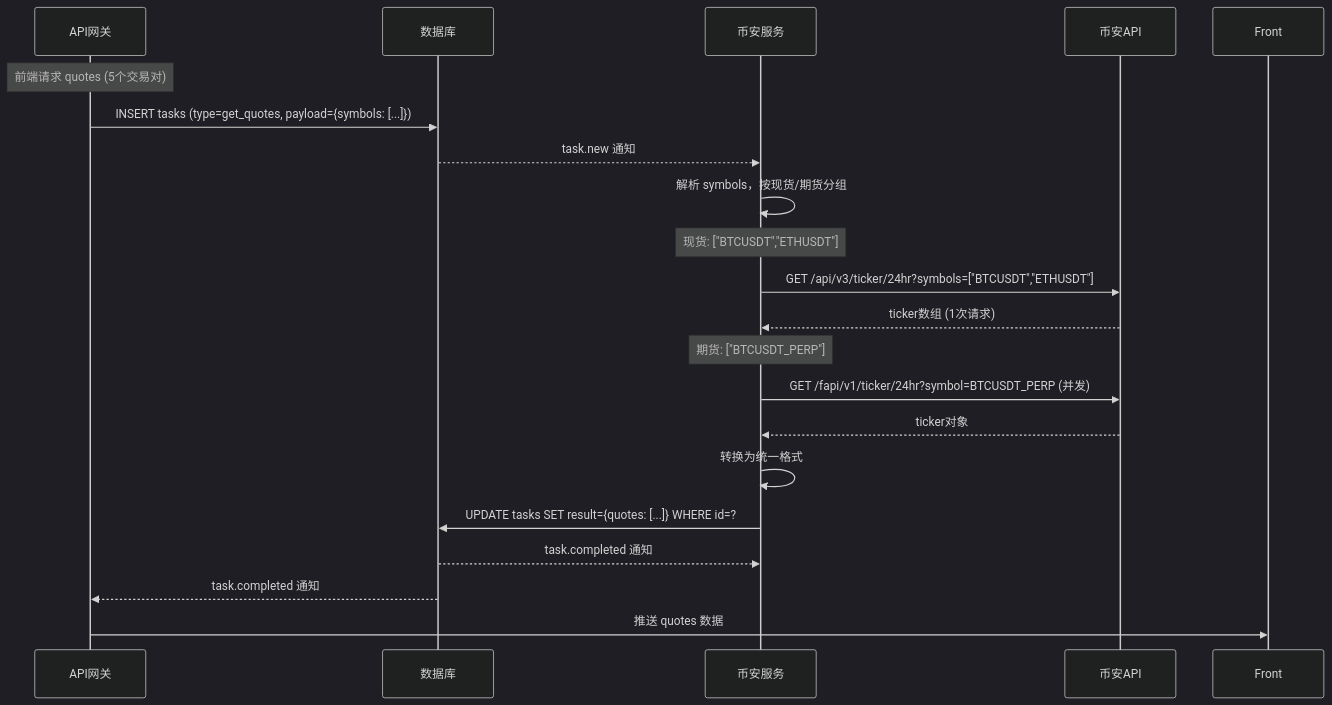
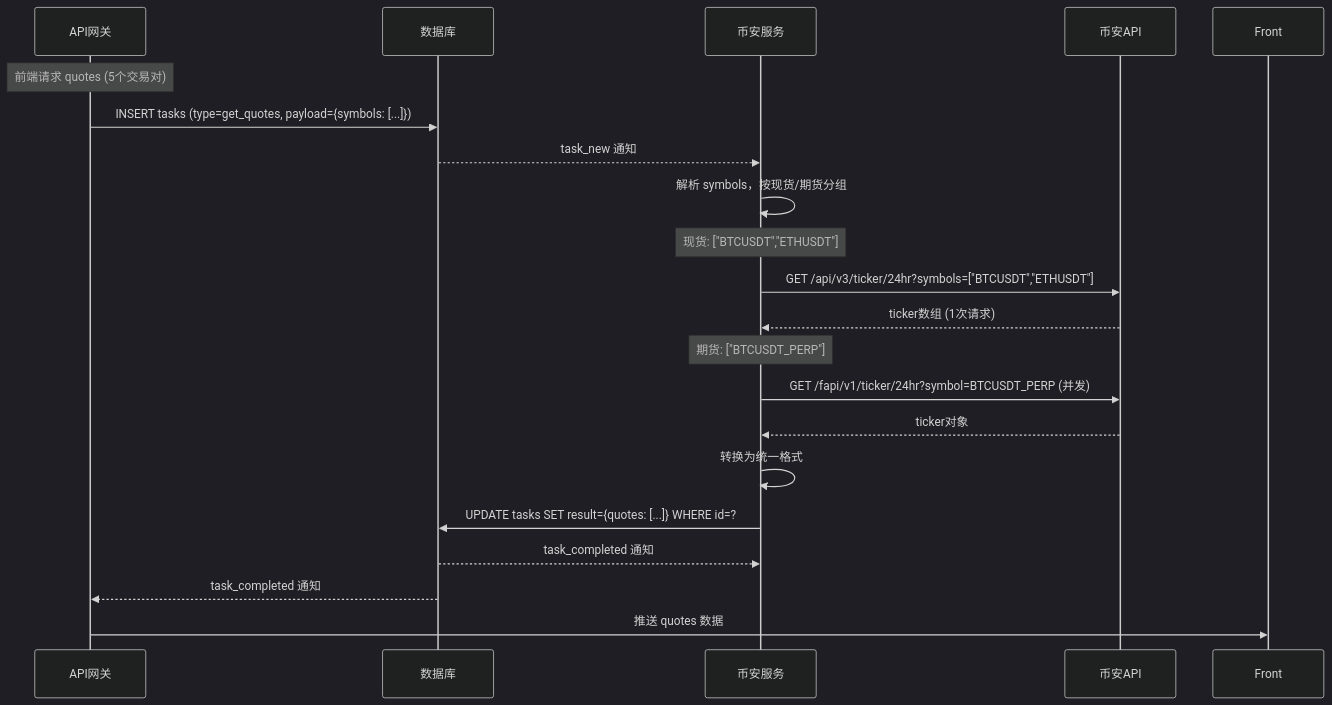
Before and after one commit to mj2154/quant-trading-system-2602: the tenth of 10 diagrams in docs/backend/design/02-dataflow.md, drawn with Mermaid (dark theme). The commit also changed other lines of this file and 32 other files, not shown here.

````diff
--- a/docs/backend/design/02-dataflow.md
+++ b/docs/backend/design/02-dataflow.md
@@ -596,28 +596,28 @@
 ```mermaid
 sequenceDiagram
     participant GW as API网关
     participant DB as 数据库
     participant BN as 币安服务
     participant API as 币安API
 
     Note over GW: 前端请求 quotes (5个交易对)
 
     GW->>DB: INSERT tasks (type=get_quotes, payload={symbols: [...]})
 
-    DB-->>BN: task.new 通知
+    DB-->>BN: task_new 通知
     BN->>BN: 解析 symbols，按现货/期货分组
 
     Note over BN: 现货: ["BTCUSDT","ETHUSDT"]
     BN->>API: GET /api/v3/ticker/24hr?symbols=["BTCUSDT","ETHUSDT"]
     API-->>BN: ticker数组 (1次请求)
 
     Note over BN: 期货: ["BTCUSDT_PERP"]
     BN->>API: GET /fapi/v1/ticker/24hr?symbol=BTCUSDT_PERP (并发)
     API-->>BN: ticker对象
 
     BN->>BN: 转换为统一格式
     BN->>DB: UPDATE tasks SET result={quotes: [...]} WHERE id=?
-    DB-->>BN: task.completed 通知
-    DB-->>GW: task.completed 通知
+    DB-->>BN: task_completed 通知
+    DB-->>GW: task_completed 通知
     GW->>Front: 推送 quotes 数据
 ```
````
